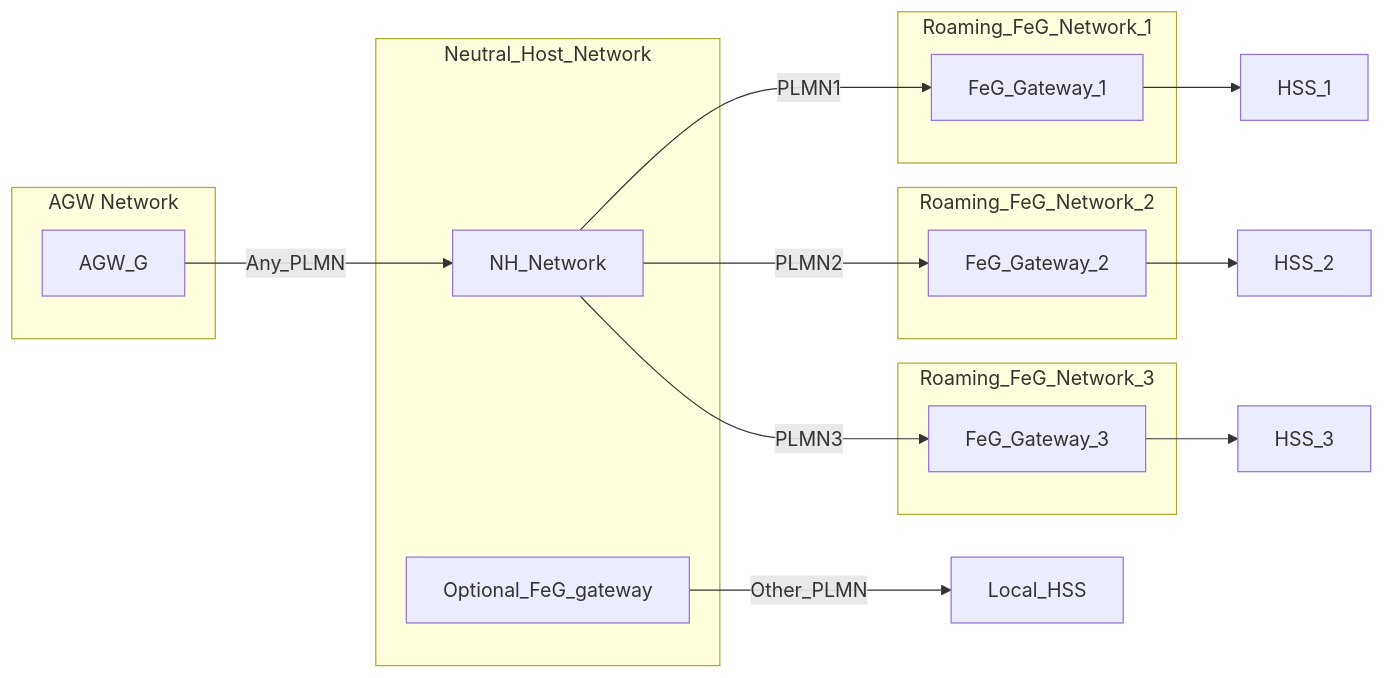
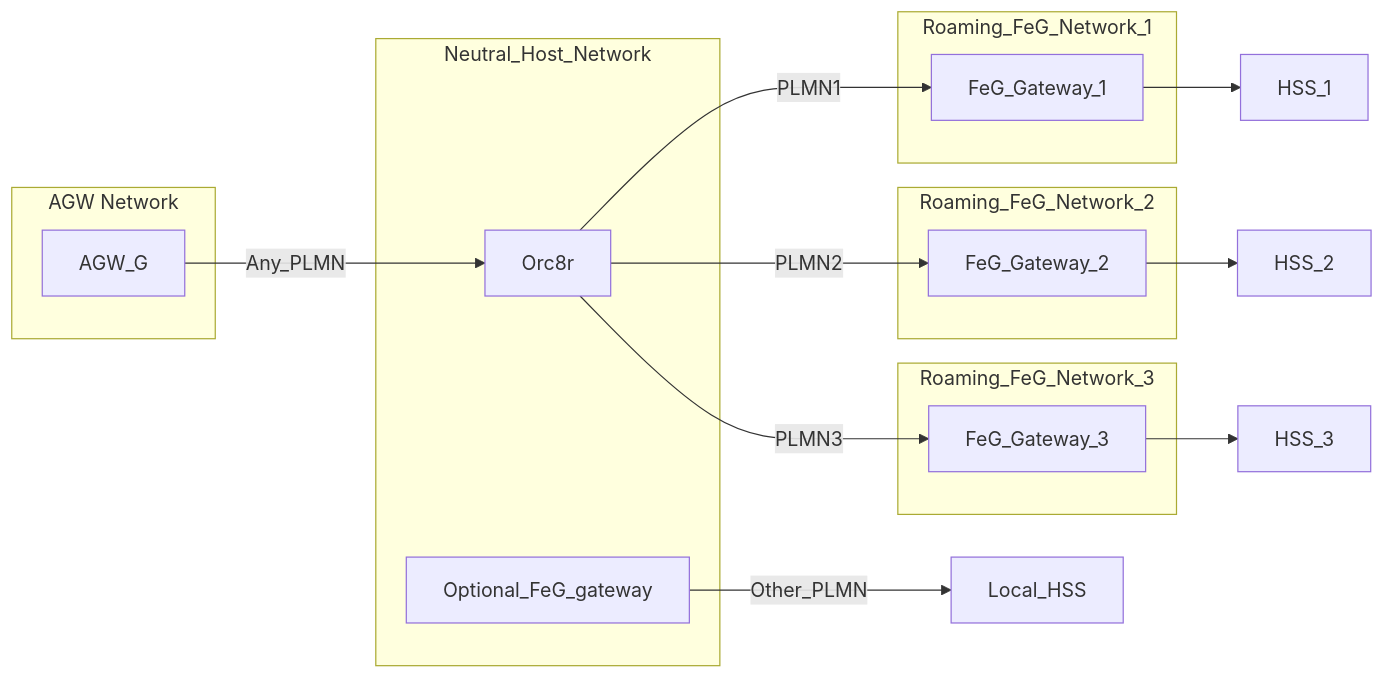
Before and after one commit to magma/magma: the diagram in docs/docusaurus/versioned_docs/version-1.8.0/howtos/inbound_roaming.md, drawn with Mermaid. The commit also changed 2 other files, not shown here.

Commit message:
docs: Replace NH_Network by Orc8r in Neutral Host architecture figure
Replace the "NH_Network" block, shown in the middle of the Neutral Host
architecture figure, by an Orc8r block, which is the item the diagram
actually refers to.

````diff
--- a/docs/docusaurus/versioned_docs/version-1.8.0/howtos/inbound_roaming.md
+++ b/docs/docusaurus/versioned_docs/version-1.8.0/howtos/inbound_roaming.md
@@ -59,34 +59,34 @@
 ```mermaid
 graph LR
 
-AGW_G --Any_PLMN--> NH_Network
-NH_Network --PLMN1--> FeG_Gateway_1
-NH_Network --PLMN2--> FeG_Gateway_2
-NH_Network --PLMN3--> FeG_Gateway_3
+AGW_G --Any_PLMN--> Orc8r
+Orc8r --PLMN1--> FeG_Gateway_1
+Orc8r --PLMN2--> FeG_Gateway_2
+Orc8r --PLMN3--> FeG_Gateway_3
 Optional_FeG_gateway --Other_PLMN--> Local_HSS
 FeG_Gateway_1 --> HSS_1
 FeG_Gateway_2 --> HSS_2
 FeG_Gateway_3 --> HSS_3
 
 
 subgraph AGW Network
 AGW_G
 end
 
 subgraph Neutral_Host_Network
-NH_Network & Optional_FeG_gateway
+Orc8r & Optional_FeG_gateway
 
 end
 
 subgraph Roaming_FeG_Network_1
 FeG_Gateway_1
 end
 
 subgraph Roaming_FeG_Network_2
 FeG_Gateway_2
 end
 
 subgraph Roaming_FeG_Network_3
 FeG_Gateway_3
 end
 ```
````
